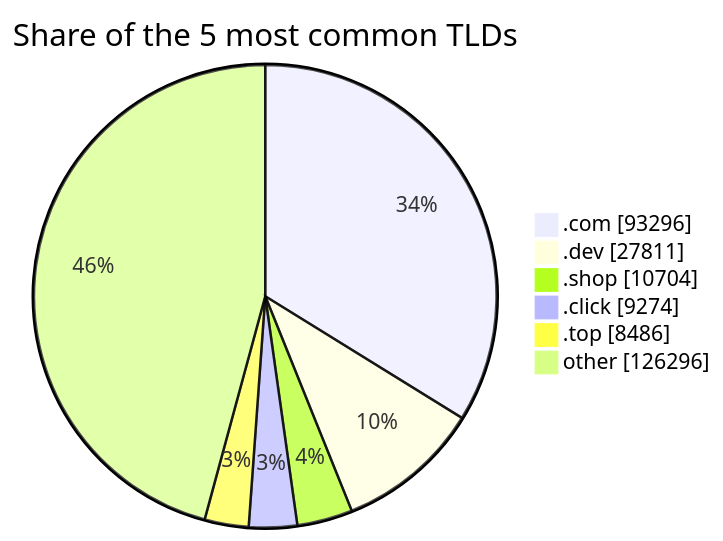
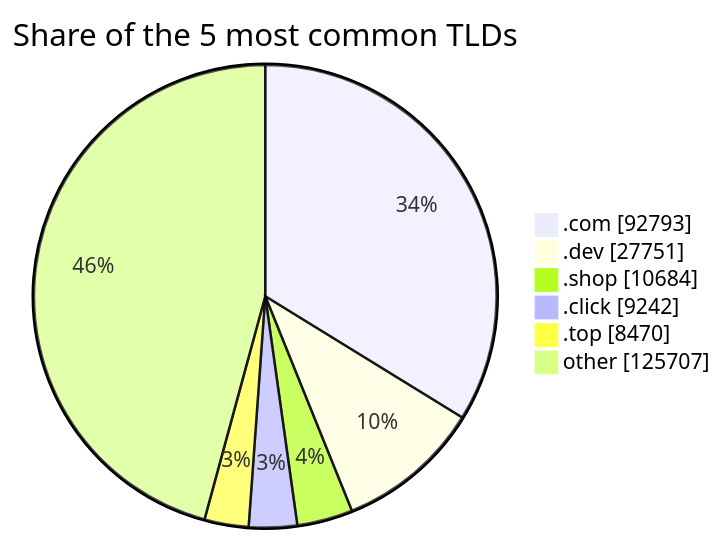
Before and after one commit to DNSBunker/CTI: the third of 3 diagrams in README.md, drawn with Mermaid. The commit also changed other lines of this file and 3 other files, not shown here.

````diff
--- a/README.md
+++ b/README.md
@@ -81,9 +81,9 @@
 ```mermaid
 pie showData title Share of the 5 most common TLDs
-    ".com" : 93296
-    ".dev" : 27811
-    ".shop" : 10704
-    ".click" : 9274
-    ".top" : 8486
-    "other" : 126296
+    ".com" : 92793
+    ".dev" : 27751
+    ".shop" : 10684
+    ".click" : 9242
+    ".top" : 8470
+    "other" : 125707
 ```
````
